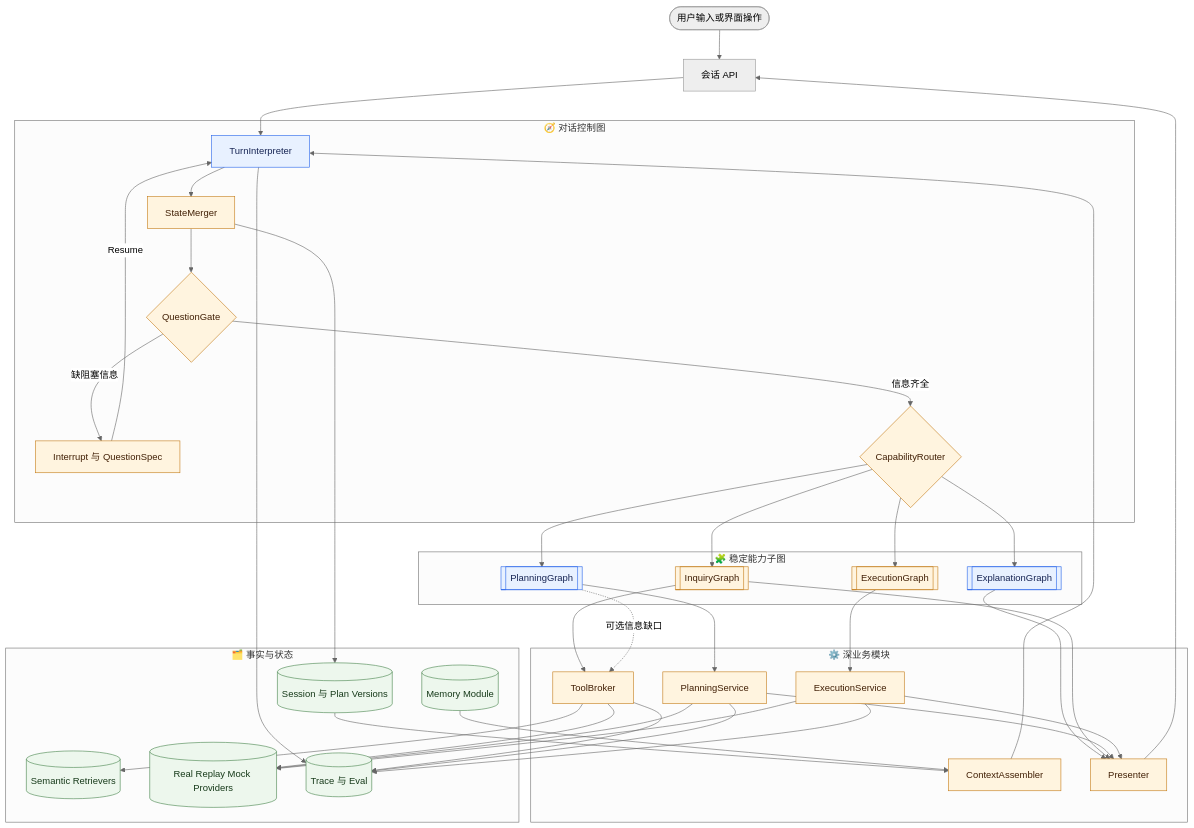
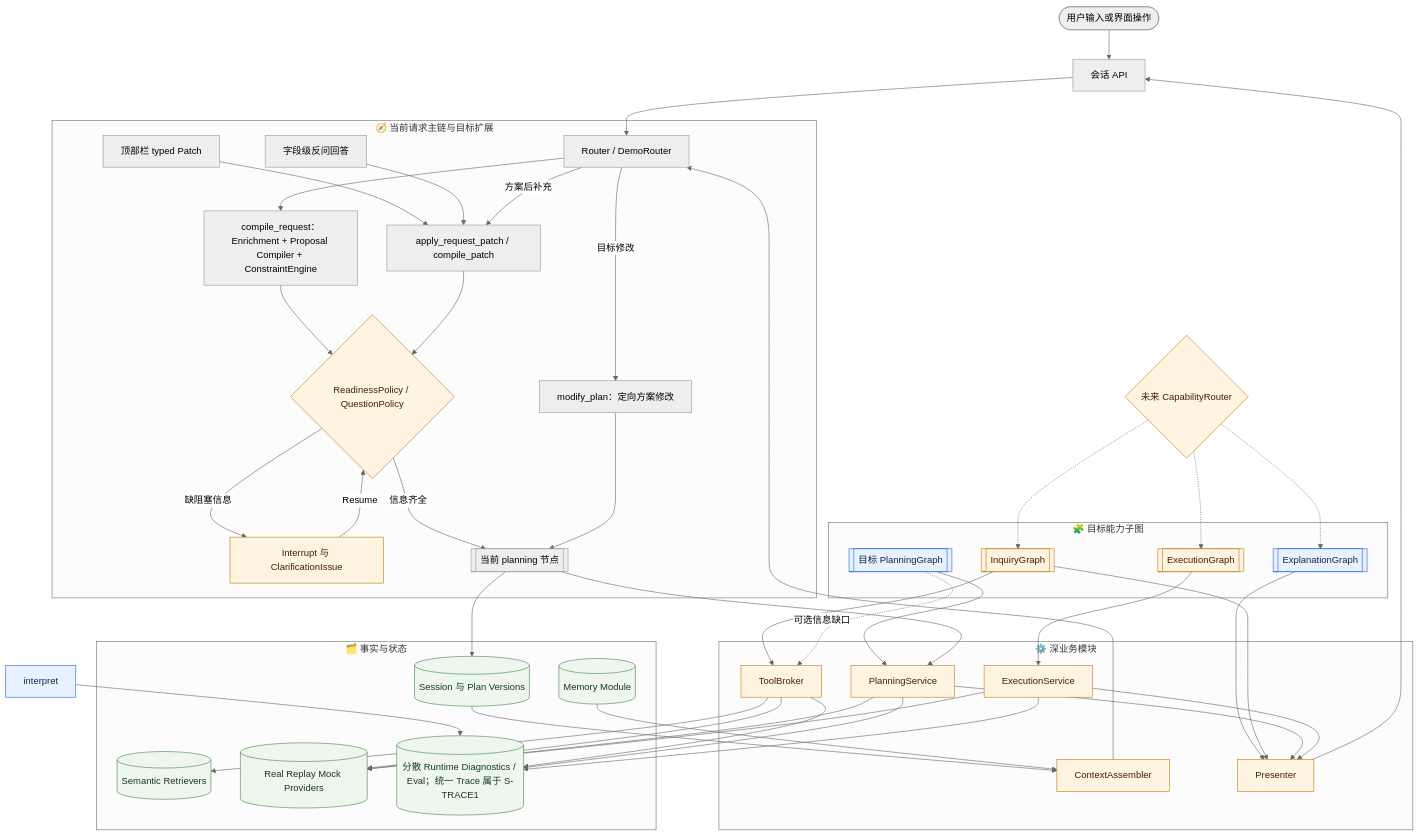
The first of 4 diagrams in docs/canonical/architecture_v2.md (Weekend-Agent-Studio/happyFreeTime), drawn with Mermaid (neutral theme) before and after one commit. The commit also changed other lines of this file and 12 other files, not shown here.

````diff
--- a/docs/canonical/architecture_v2.md
+++ b/docs/canonical/architecture_v2.md
@@ -122,25 +123,33 @@
 ```mermaid
 flowchart TB
     accTitle: HappyFreeTime 受约束规划 Agent 总体架构
-    accDescr: 用户请求进入对话控制图，按能力路由到查询、规划、解释或执行子图；模型只在语义决策点工作，确定性服务负责事实、验证和副作用。
+    accDescr: 当前已实现规划请求主链，以及仍属于目标的查询、解释和执行能力；模型只在受限语义决策点工作，确定性服务负责状态、事实与硬约束。
 
     user([用户输入或界面操作]) --> api[会话 API]
 
-    subgraph control_graph ["🧭 对话控制图"]
-        interpret[TurnInterpreter]
-        merge[StateMerger]
-        gate{QuestionGate}
-        question[Interrupt 与 QuestionSpec]
-        route{CapabilityRouter}
-        interpret --> merge --> gate
+    subgraph control_graph ["🧭 当前请求主链与目标扩展"]
+        router[Router / DemoRouter]
+        compile[compile_request：Enrichment + Proposal Compiler + ConstraintEngine]
+        gate{ReadinessPolicy / QuestionPolicy}
+        question[Interrupt 与 ClarificationIssue]
+        current_planning[[当前 planning 节点]]
+        topbar[顶部栏 typed Patch]
+        reply[字段级反问回答]
+        patch[apply_request_patch / compile_patch]
+        modify[modify_plan：定向方案修改]
+        router --> compile --> gate
         gate -->|缺阻塞信息| question
-        question -->|Resume| interpret
-        gate -->|信息齐全| route
+        question -->|Resume| gate
+        gate -->|信息齐全| current_planning
+        topbar --> patch --> gate
+        reply --> patch
+        router -->|方案后补充| patch
+        router -->|目标修改| modify --> current_planning
     end
 
-    subgraph capability_graphs ["🧩 稳定能力子图"]
+    subgraph capability_graphs ["🧩 目标能力子图"]
         inquiry[[InquiryGraph]]
-        planning[[PlanningGraph]]
+        planning[[目标 PlanningGraph]]
         explanation[[ExplanationGraph]]
         execution[[ExecutionGraph]]
     end
@@ -158,21 +167,22 @@
         memory_store[(Memory Module)]
         retrievers[(Semantic Retrievers)]
         providers[(Real Replay Mock Providers)]
-        trace[(Trace 与 Eval)]
+        trace[(分散 Runtime Diagnostics / Eval；统一 Trace 属于 S-TRACE1)]
     end
 
-    api --> interpret
+    api --> router
     state_store --> context
     memory_store --> context
-    context --> interpret
-    merge --> state_store
-    route --> inquiry
-    route --> planning
-    route --> explanation
-    route --> execution
+    context --> router
+    current_planning --> state_store
+    route{未来 CapabilityRouter}
+    route -.-> inquiry
+    route -.-> explanation
+    route -.-> execution
     inquiry --> broker
     planning --> planner
     planning -. 可选信息缺口 .-> broker
+    current_planning --> planner
     explanation --> presenter
     execution --> executor
     broker --> retrievers
````
